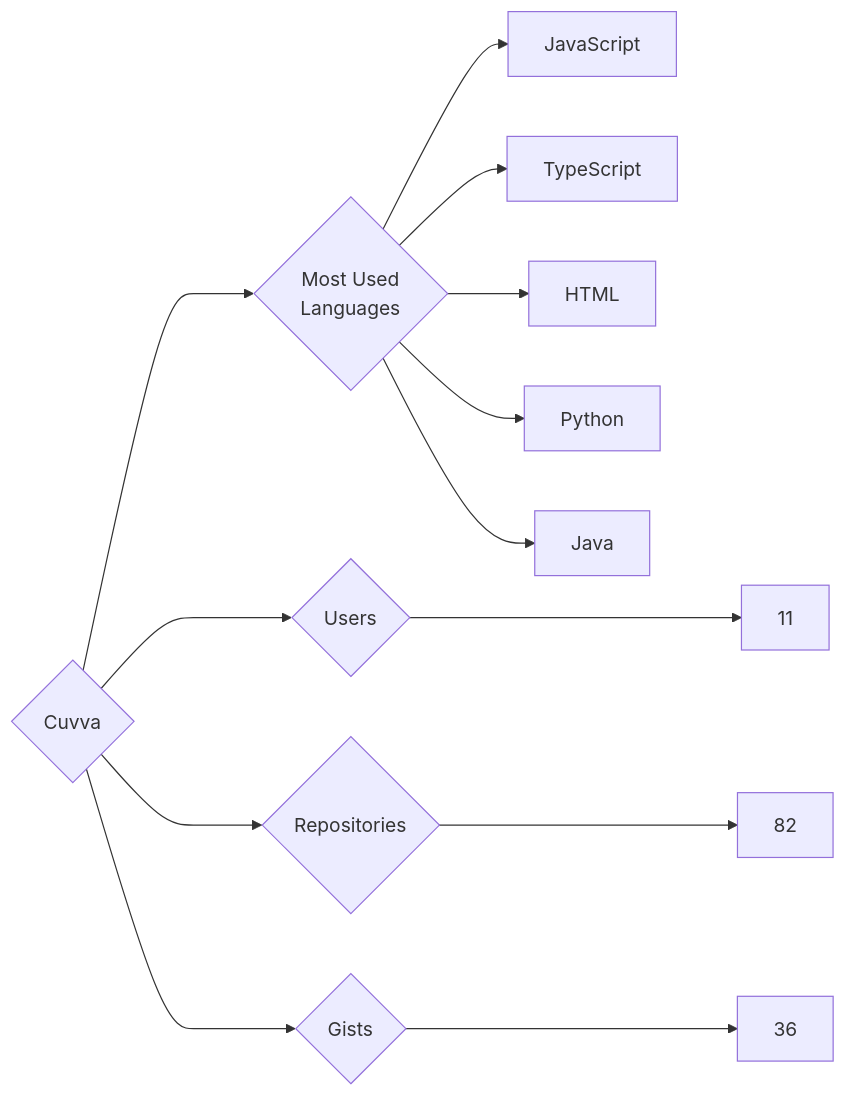
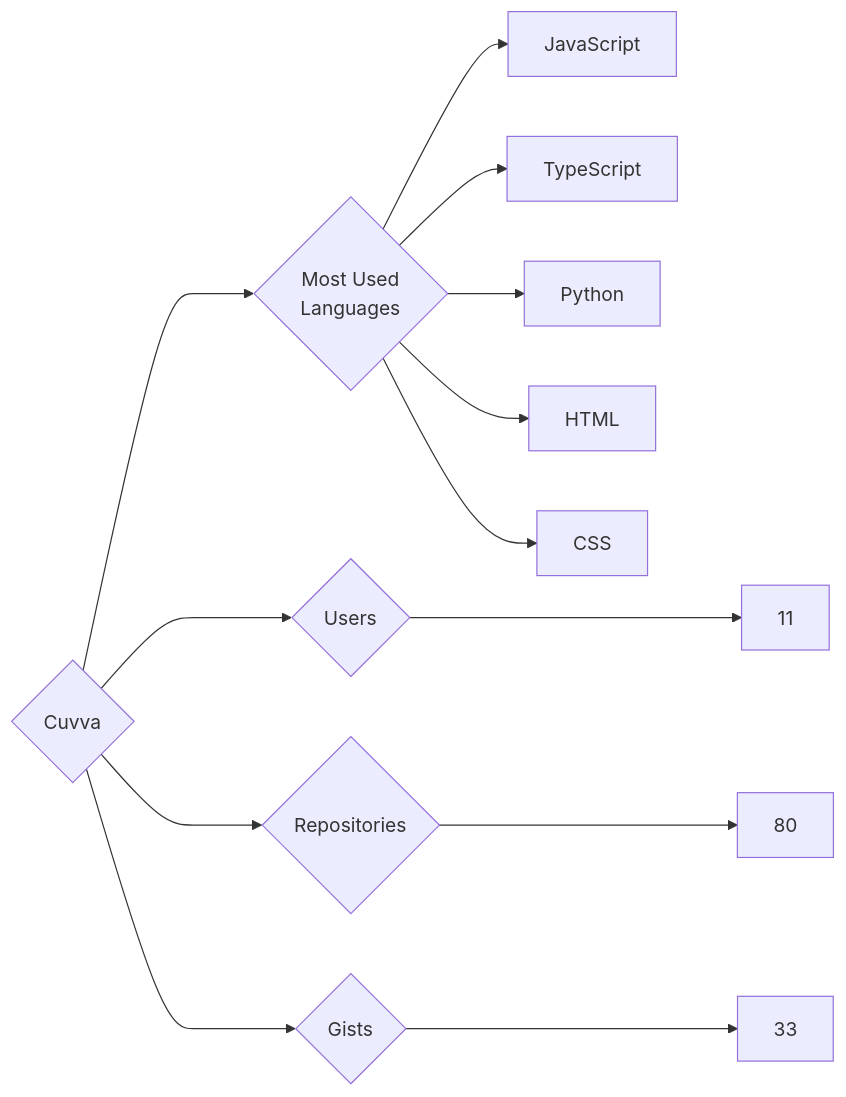
One commit to trickest/insiders changed the diagram in targets/Cuvva/README.md. Above: the diagram before and after it, drawn with Mermaid. The commit also changed 749 other files, not shown here.

````diff
--- a/targets/Cuvva/README.md
+++ b/targets/Cuvva/README.md
@@ -3,13 +3,13 @@
 ```mermaid
 graph LR
 COMPANY_NAME{Cuvva}
 COMPANY_NAME ---> U{Users} ---> UN[11]
-COMPANY_NAME ---> R{Repositories} ---> RN[82]
-COMPANY_NAME ---> G{Gists} ---> GN[36]
+COMPANY_NAME ---> R{Repositories} ---> RN[80]
+COMPANY_NAME ---> G{Gists} ---> GN[33]
 COMPANY_NAME ---> ML{Most Used<br>Languages}
 ML --> JavaScript[JavaScript]
 ML --> TypeScript[TypeScript]
+ML --> Python[Python]
 ML --> HTML[HTML]
-ML --> Python[Python]
-ML --> Java[Java]
+ML --> CSS[CSS]
 ```
````
